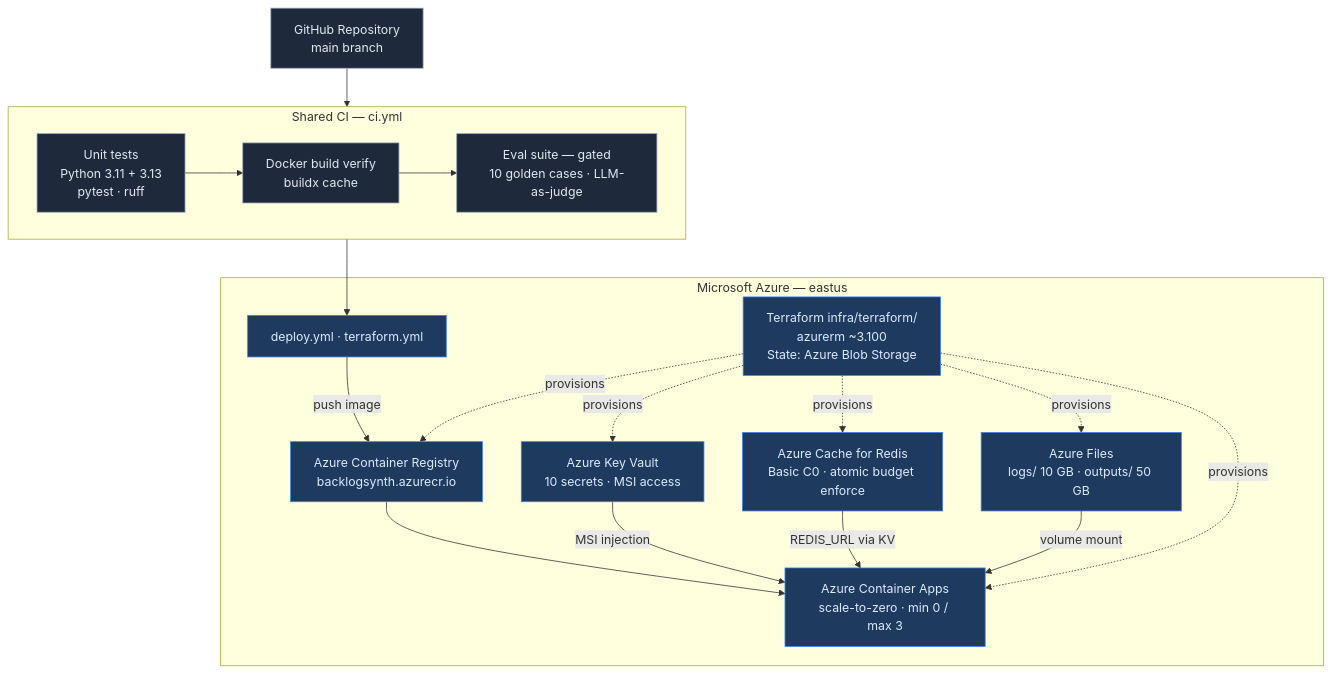
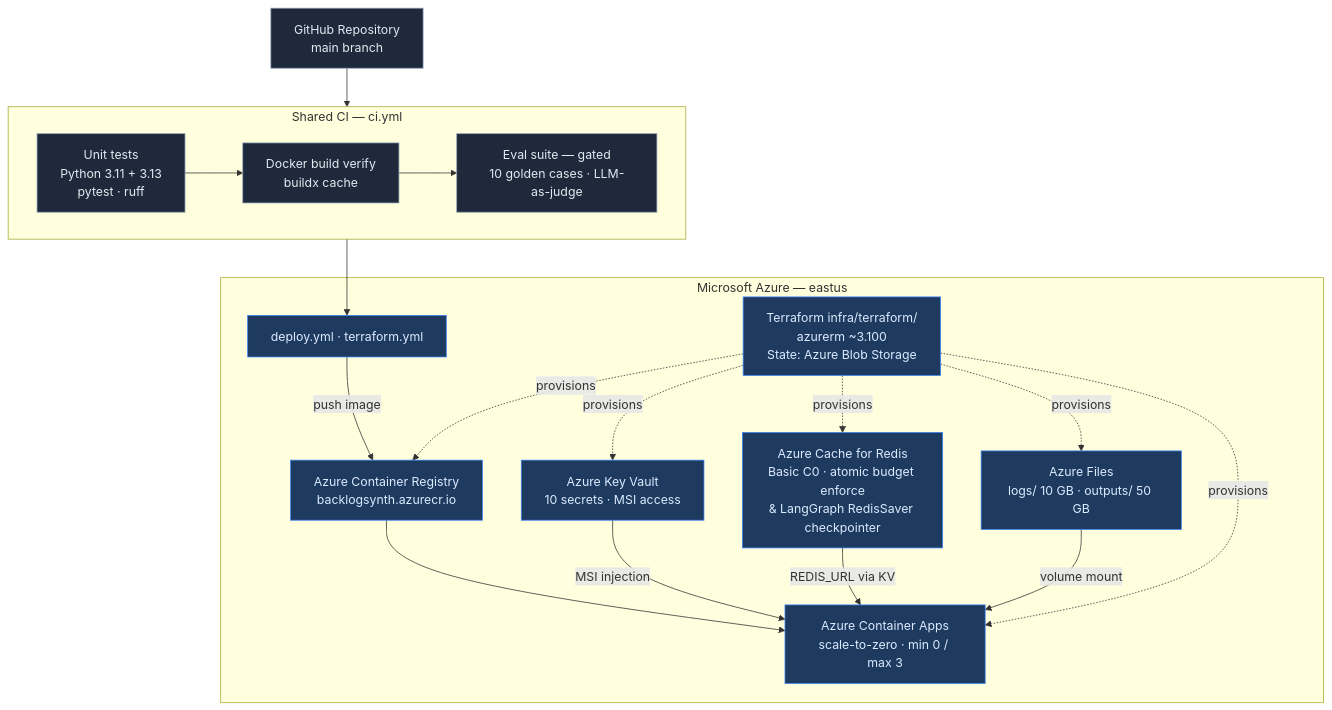
Before and after one commit to manikantan-24/northstar-backlog-forge: the second of 5 diagrams in architecture.md, drawn with Mermaid. The commit also changed other lines of this file and 2 other files, not shown here.

Commit message:
docs: document persistent Redis checkpointer in architecture.md and README.md

````diff
--- a/architecture.md
+++ b/architecture.md
@@ -105,33 +105,33 @@
 ```mermaid
 flowchart TB
     Repo["GitHub Repository\nmain branch"]:::ci
 
     subgraph CI["Shared CI — ci.yml"]
         Tests["Unit tests\nPython 3.11 + 3.13\npytest · ruff"]:::ci
         Docker["Docker build verify\nbuildx cache"]:::ci
         Eval["Eval suite — gated\n10 golden cases · LLM-as-judge"]:::ci
         Tests --> Docker --> Eval
     end
 
     Repo --> CI
 
     subgraph Azure["Microsoft Azure — eastus"]
         GHA_AZ["deploy.yml · terraform.yml"]:::deploy
         ACR["Azure Container Registry\nbacklogsynth.azurecr.io"]:::deploy
         ACA["Azure Container Apps\nscale-to-zero · min 0 / max 3"]:::deploy
         KV["Azure Key Vault\n10 secrets · MSI access"]:::deploy
-        Redis["Azure Cache for Redis\nBasic C0 · atomic budget enforce"]:::deploy
+        Redis["Azure Cache for Redis\nBasic C0 · atomic budget enforce\n& LangGraph RedisSaver checkpointer"]:::deploy
         AF["Azure Files\nlogs/ 10 GB · outputs/ 50 GB"]:::deploy
         TF_AZ["Terraform infra/terraform/\nazurerm ~3.100\nState: Azure Blob Storage"]:::deploy
     end
 
     CI --> GHA_AZ
     GHA_AZ -->|push image| ACR --> ACA
     KV -->|MSI injection| ACA
     Redis -->|REDIS_URL via KV| ACA
     AF -->|volume mount| ACA
     TF_AZ -.->|provisions| ACR & ACA & KV & Redis & AF
 
     classDef ci     fill:#1e293b,stroke:#94a3b8,color:#e2e8f0
     classDef deploy fill:#1e3a5f,stroke:#3b82f6,color:#dbeafe
 ```
````
